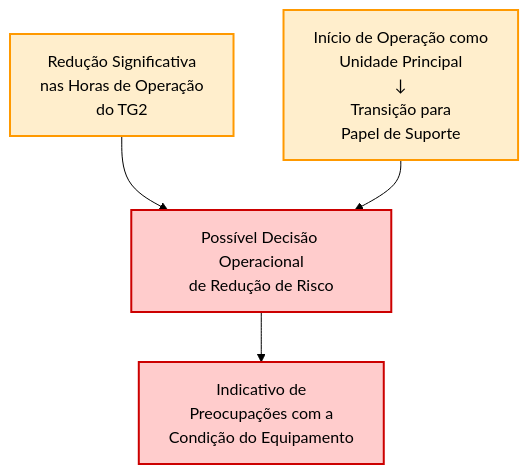
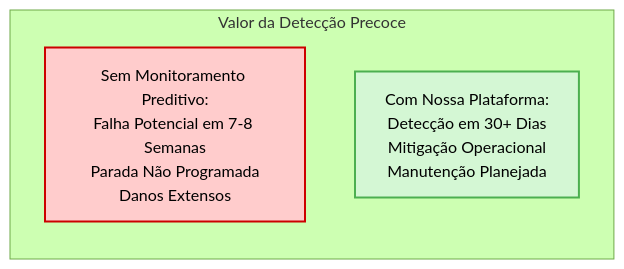
Before and after one commit to wonder-dmercadal/PublicReports: diagram 11 of 11 in Frade_TG2_Analysis.md, drawn with Mermaid (forest theme). The commit also changed other lines of this file, not shown here.

````diff
--- a/Frade_TG2_Analysis.md
+++ b/Frade_TG2_Analysis.md
@@ -376,17 +378,13 @@
 ```mermaid
-graph TD
-    A[Redução Significativa<br>nas Horas de Operação<br>do TG2]
-    B[Início de Operação como<br>Unidade Principal<br>↓<br>Transição para<br>Papel de Suporte]
-    C[Possível Decisão Operacional<br>de Redução de Risco]
-    D[Indicativo de<br>Preocupações com a<br>Condição do Equipamento]
+graph LR
+    subgraph "Valor da Detecção Precoce"
+    A["Sem Monitoramento Preditivo:<br>Falha Potencial em 7-8 Semanas<br>Parada Não Programada<br>Danos Extensos"]
+    B["Com Nossa Plataforma:<br>Detecção em 30+ Dias<br>Mitigação Operacional<br>Manutenção Planejada"]
+    end
     
-    A --> C
-    B --> C
-    C --> D
+    classDef failure fill:#ffcccc,stroke:#cc0000,stroke-width:2px
+    classDef success fill:#d4f7d4,stroke:#4CAF50,stroke-width:2px
     
-    classDef evidence fill:#ffeecc,stroke:#ff9900,stroke-width:2px
-    classDef problem fill:#ffcccc,stroke:#cc0000,stroke-width:2px
-    
-    class A,B evidence
-    class C,D problem
+    class A failure
+    class B success
 ```
````
